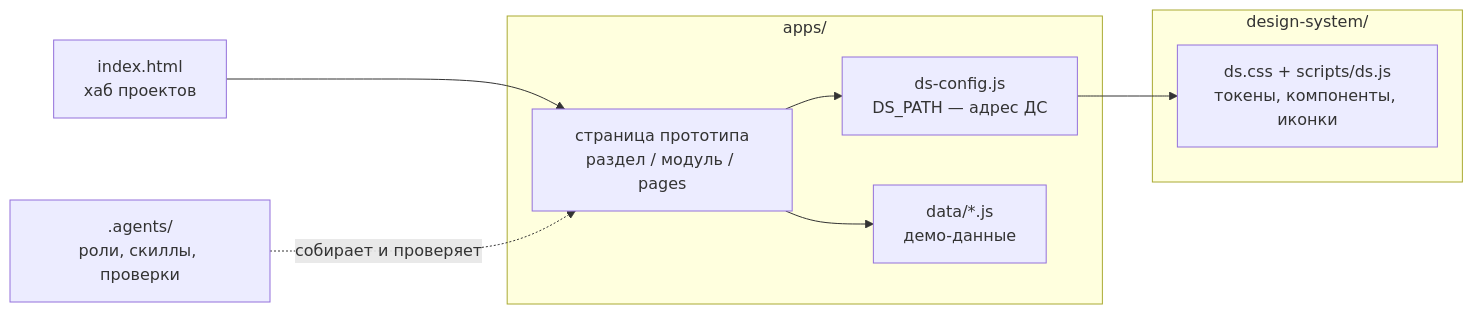
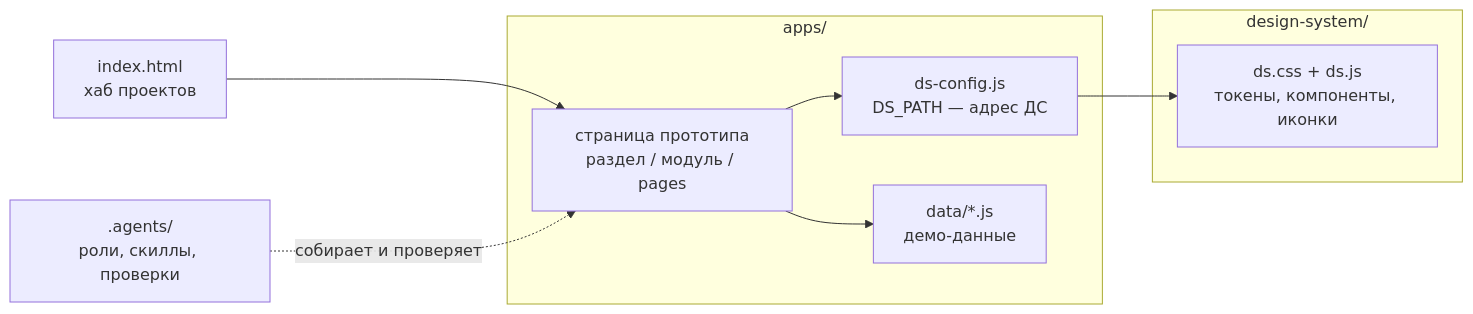
The first of 2 diagrams in README.md (sarosekml/ibp-design-project), drawn with Mermaid before and after one commit. The commit also changed 329 other files, not shown here.

````diff
--- a/README.md
+++ b/README.md
@@ -138,15 +138,15 @@
 ```mermaid
 flowchart LR
     hub["index.html<br/>хаб проектов"] --> page
     subgraph apps["apps/"]
         page["страница прототипа<br/>раздел / модуль / pages"]
         cfg["ds-config.js<br/>DS_PATH — адрес ДС"]
         data["data/*.js<br/>демо-данные"]
     end
     subgraph ds["design-system/"]
-        css["ds.css + scripts/ds.js<br/>токены, компоненты, иконки"]
+        css["ds.css + ds.js<br/>токены, компоненты, иконки"]
     end
     page --> cfg --> css
     page --> data
     agent[".agents/<br/>роли, скиллы, проверки"] -.->|собирает и проверяет| page
 ```
````
